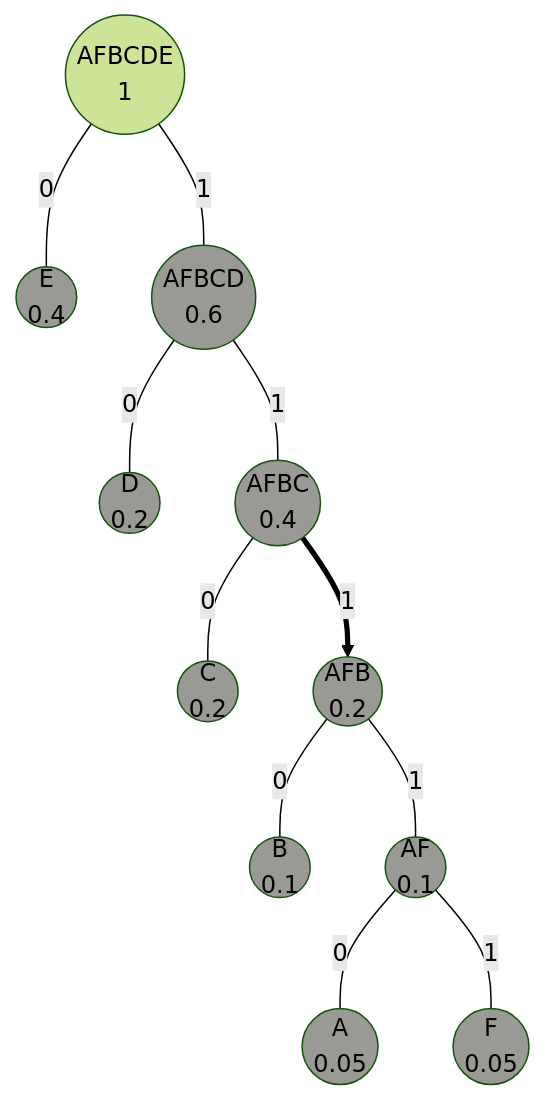
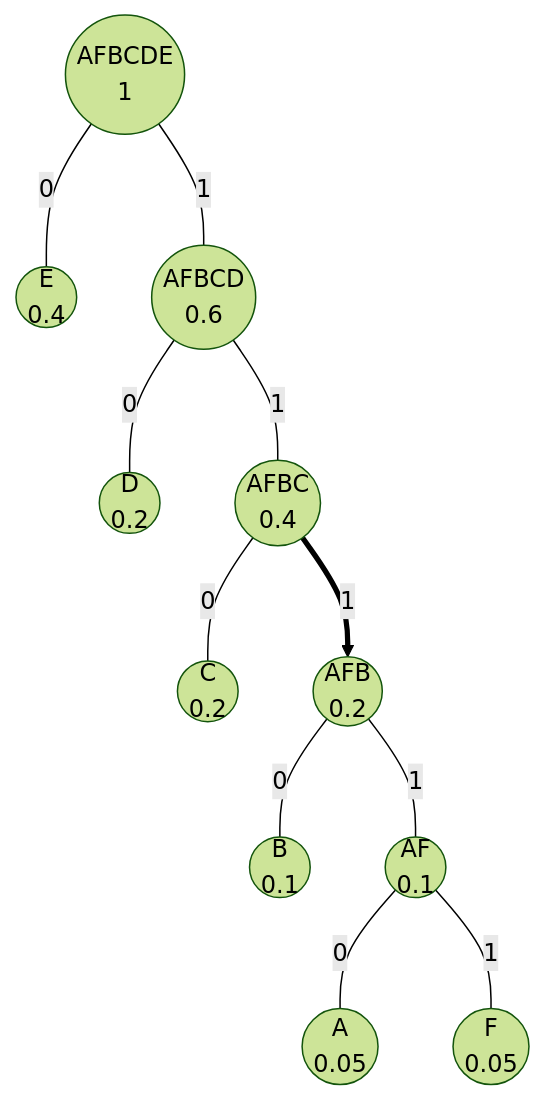
One commit to khalid-salad/cosc-3320-slides changed the ninth of 11 diagrams in slides/greedy/huffman.md. Above: the diagram before and after it, drawn with Mermaid (forest theme). The commit also changed other lines of this file and 77 other files, not shown here.

Commit message:
Mermaid diagrams fixed (maybe)

````diff
--- a/slides/greedy/huffman.md
+++ b/slides/greedy/huffman.md
@@ -603,28 +597,25 @@
 ```mermaid
 graph TD
 A((A<br>0.05))
 B((B<br>0.1))
 C((C<br>0.2))
 D((D<br>0.2))
 E((E<br>0.4))
 F((F<br>0.05))
 
 AFBCDE((AFBCDE<br>1))
 AFBCDE ---|1| AFBCD
 AFBCDE ---|0| E
 AFBCD((AFBCD<br>0.6))
 AFBCD ---|1| AFBC
 AFBCD ---|0| D
 AFBC((AFBC<br>0.4))
 AFBC ==>|1| AFB
 AFBC ---|0| C
 AFB((AFB<br>0.2))
 AFB ---|1| AF
 AFB ---|0| B
 AF((AF<br>0.1))
 AF ---|0| A
 AF ---|1| F
-
-classDef finished fill:#9a9996
-class A,F,B,AF,AFB,C,AFBC,D,E,AFBCD finished
 ```
````
